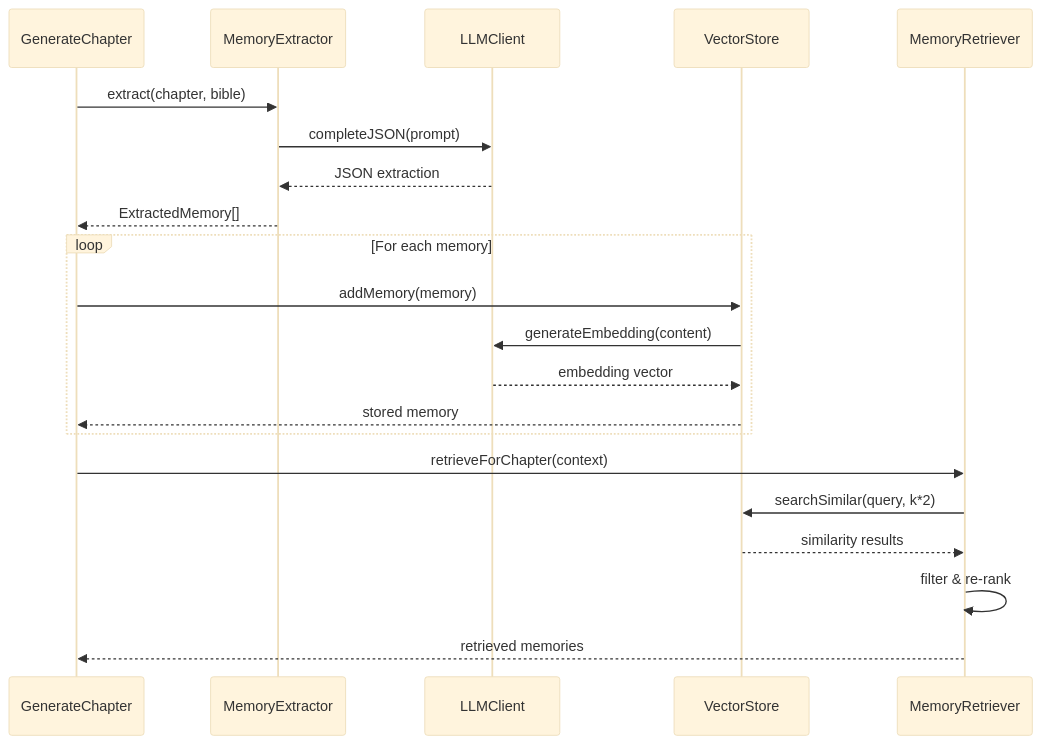
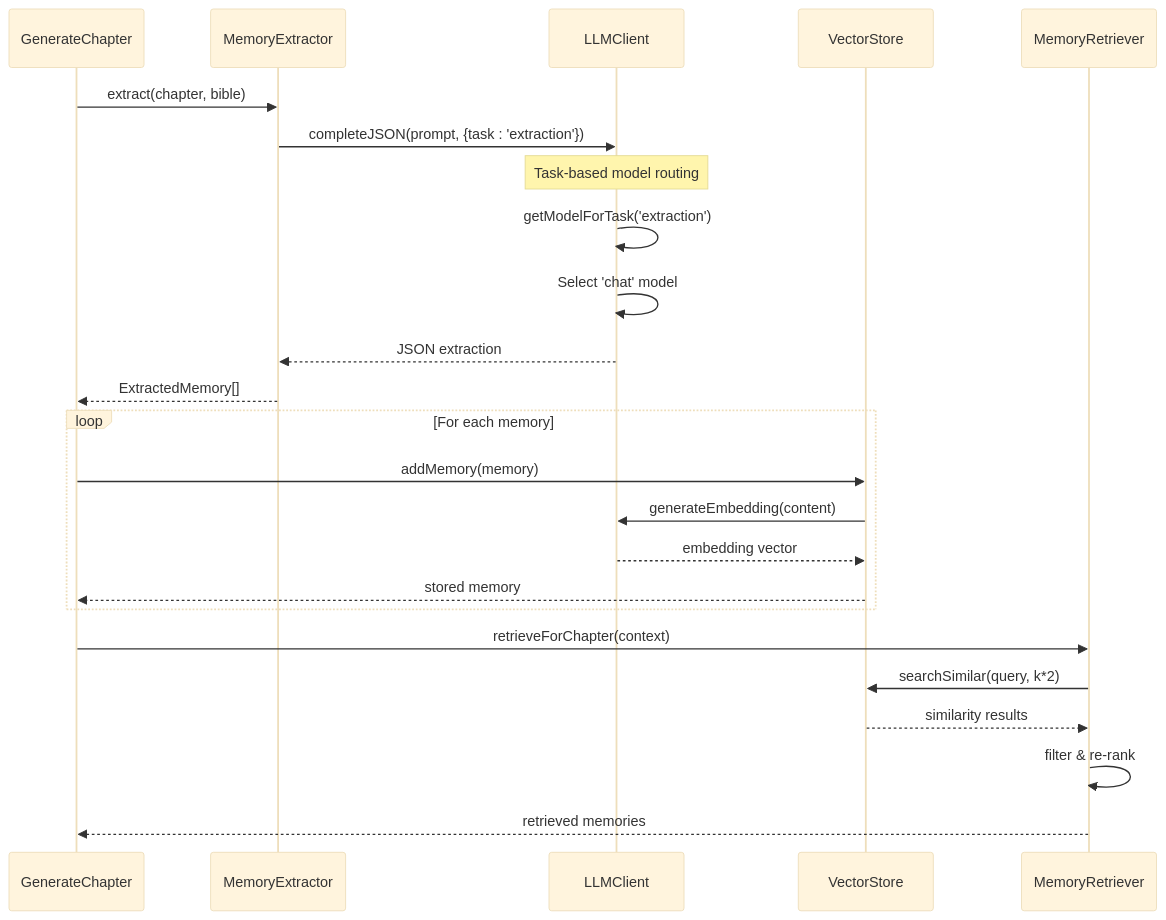
Before and after one commit to liwonder/NARRITIVE_OS: the third of 8 diagrams in .qoder/repowiki/en/content/AI Agent System/Memory Extractor Agent.md, drawn with Mermaid (base theme). The commit also changed other lines of this file and 12 other files, not shown here.

````diff
--- a/.qoder/repowiki/en/content/AI Agent System/Memory Extractor Agent.md
+++ b/.qoder/repowiki/en/content/AI Agent System/Memory Extractor Agent.md
@@ -121,23 +167,26 @@
 ```mermaid
 sequenceDiagram
 participant GC as GenerateChapter
 participant ME as MemoryExtractor
 participant LLM as LLMClient
 participant VS as VectorStore
 participant MR as MemoryRetriever
 GC->>ME : extract(chapter, bible)
-ME->>LLM : completeJSON(prompt)
+ME->>LLM : completeJSON(prompt, {task : 'extraction'})
+Note over LLM : Task-based model routing
+LLM->>LLM : getModelForTask('extraction')
+LLM->>LLM : Select 'chat' model
 LLM-->>ME : JSON extraction
 ME-->>GC : ExtractedMemory[]
 loop For each memory
 GC->>VS : addMemory(memory)
 VS->>LLM : generateEmbedding(content)
 LLM-->>VS : embedding vector
 VS-->>GC : stored memory
 end
 GC->>MR : retrieveForChapter(context)
 MR->>VS : searchSimilar(query, k*2)
 VS-->>MR : similarity results
 MR->>MR : filter & re-rank
 MR-->>GC : retrieved memories
 ```
````
